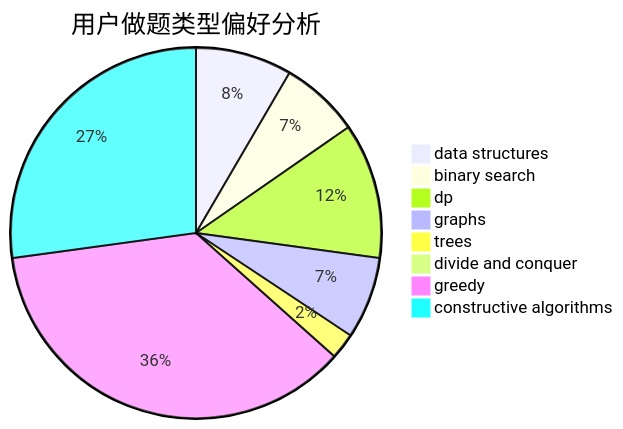
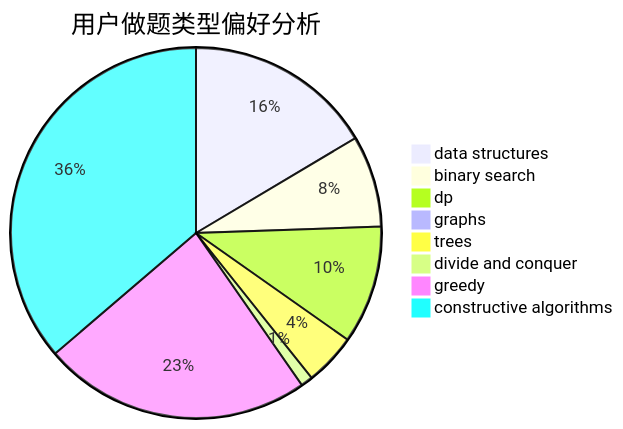
The second of 3 diagrams in docs/user/u505.md (sherpahu/cfrs.github.io), drawn with Mermaid before and after one commit. The commit also changed other lines of this file and 2770 other files, not shown here.

````diff
--- a/docs/user/u505.md
+++ b/docs/user/u505.md
@@ -23,11 +23,11 @@
 ```mermaid
 pie title 用户做题类型偏好分析
-    "data structures" :  74
-    "binary search" :  61
-    "dp" :  104
-    "graphs" :  63
-    "trees" :  20
-    "divide and conquer" :  0
-    "greedy" :  319
-    "constructive algorithms" :  239
+    "data structures" :  142
+    "binary search" :  69
+    "dp" :  89
+    "graphs" :  8
+    "trees" :  39
+    "divide and conquer" :  9
+    "greedy" :  202
+    "constructive algorithms" :  313
 ```
````
